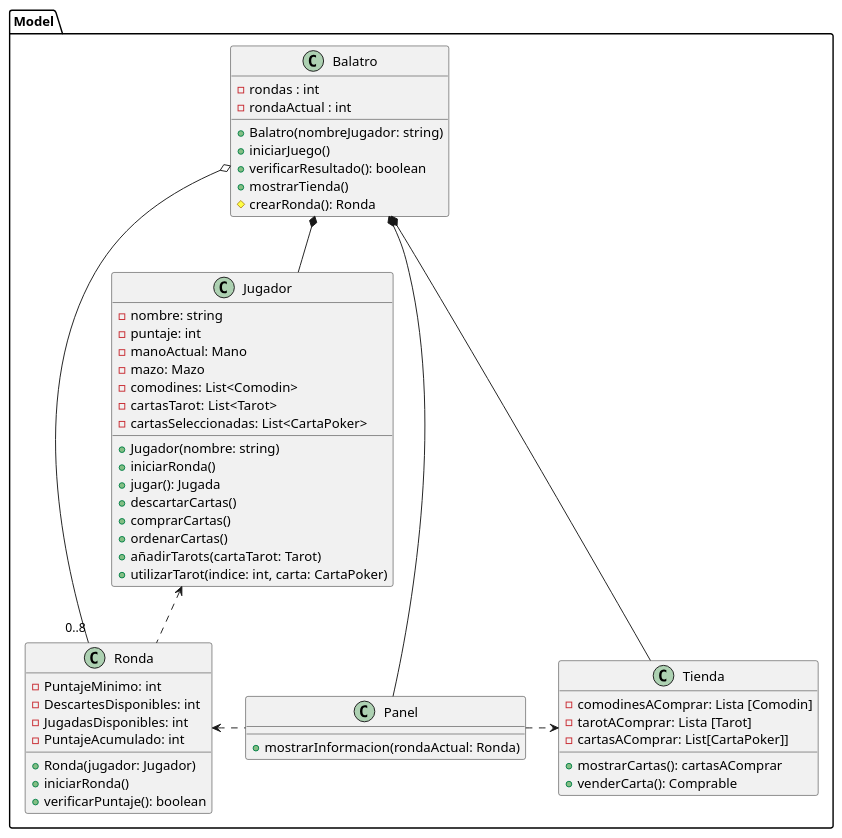
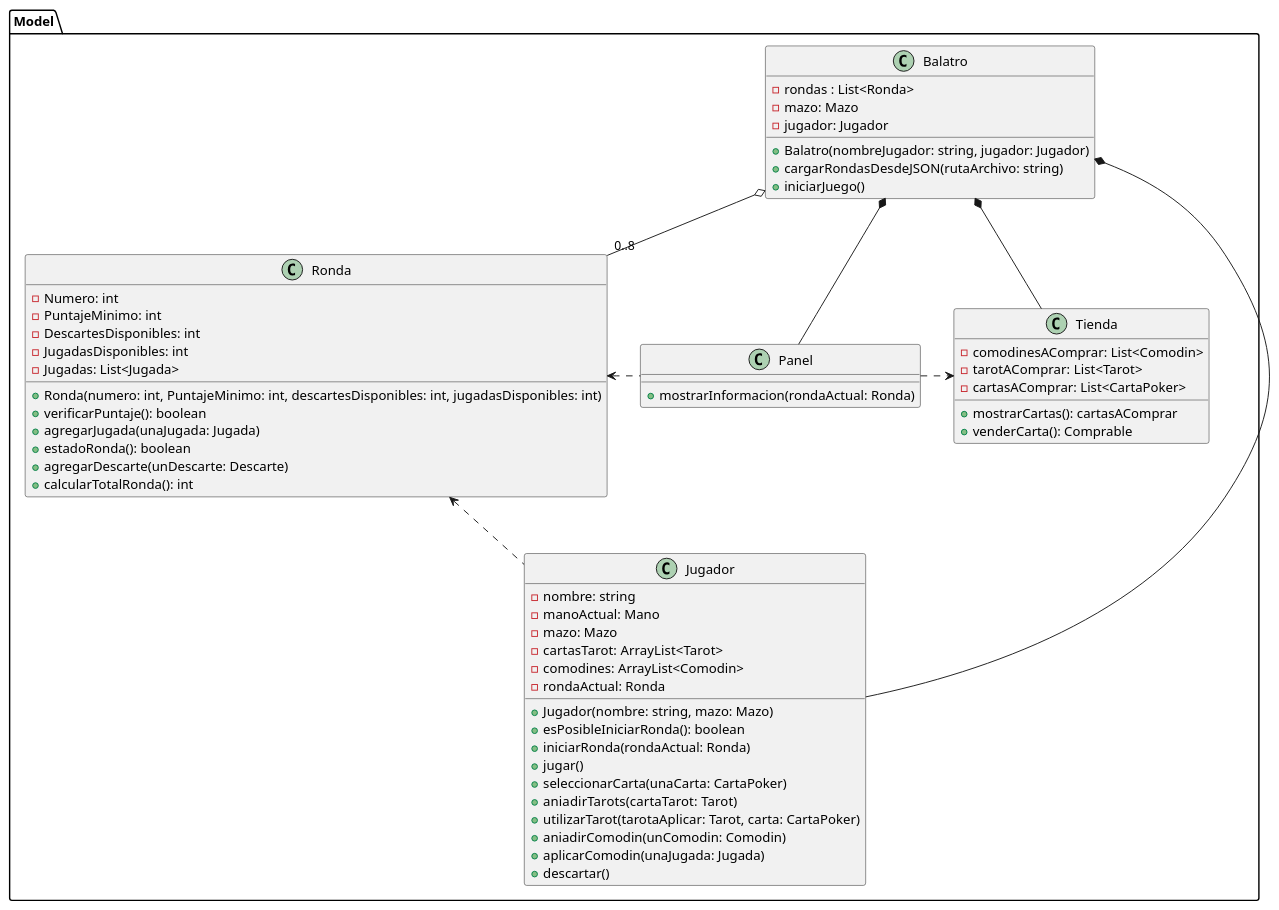
Before and after one commit to carruizdiaz1109/UBAlatro: the diagram in diagrams/classes/clasesBalatro1.puml, drawn with PlantUML. The commit also changed 2 other files, not shown here.

Commit message:
Actualizo diagrama de clases1

```diff
--- a/diagrams/classes/clasesBalatro1.puml
+++ b/diagrams/classes/clasesBalatro1.puml
@@ -1,64 +1,71 @@
 @startuml
 
 package Model {
 
 class Balatro {
-    - rondas : int
-    - rondaActual : int
-    + Balatro(nombreJugador: string)
+    - rondas : List<Ronda>
+    - mazo: Mazo
+    - jugador: Jugador
+
+    + Balatro(nombreJugador: string, jugador: Jugador)
+    +cargarRondasDesdeJSON(rutaArchivo: string)
     + iniciarJuego()
-    + verificarResultado(): boolean
-    + mostrarTienda()
-    # crearRonda(): Ronda
 }
 
 class Jugador {
     - nombre: string
-    - puntaje: int
     - manoActual: Mano
     - mazo: Mazo
-    - comodines: List<Comodin>
-    - cartasTarot: List<Tarot>
-    - cartasSeleccionadas: List<CartaPoker>
-    + Jugador(nombre: string)
-    + iniciarRonda()
-    + jugar(): Jugada
-    + descartarCartas()
-    + comprarCartas()
-    + ordenarCartas()
-    + añadirTarots(cartaTarot: Tarot)
-    + utilizarTarot(indice: int, carta: CartaPoker)
+    - cartasTarot: ArrayList<Tarot>
+    - comodines: ArrayList<Comodin>
+    - rondaActual: Ronda
 
+    + Jugador(nombre: string, mazo: Mazo)
+    + esPosibleIniciarRonda(): boolean
+    + iniciarRonda(rondaActual: Ronda)
+    + jugar()
+    + seleccionarCarta(unaCarta: CartaPoker)
+    + aniadirTarots(cartaTarot: Tarot)
+    + utilizarTarot(tarotaAplicar: Tarot, carta: CartaPoker)
+    + aniadirComodin(unComodin: Comodin)
+    + aplicarComodin(unaJugada: Jugada)
+    + descartar()
 }
 
 class Tienda {
-    - comodinesAComprar: Lista [Comodin]
-    - tarotAComprar: Lista [Tarot]
-    - cartasAComprar: List[CartaPoker]]
+    - comodinesAComprar: List<Comodin>
+    - tarotAComprar: List<Tarot>
+    - cartasAComprar: List<CartaPoker>
     + mostrarCartas(): cartasAComprar
     + venderCarta(): Comprable
 }
 
 class Ronda {
+    - Numero: int
     - PuntajeMinimo: int
     - DescartesDisponibles: int
     - JugadasDisponibles: int
-    - PuntajeAcumulado: int
-    + Ronda(jugador: Jugador)
-    + iniciarRonda()
+    - Jugadas: List<Jugada>
+
+    + Ronda(numero: int, PuntajeMinimo: int, descartesDisponibles: int, jugadasDisponibles: int)
     + verificarPuntaje(): boolean
+    + agregarJugada(unaJugada: Jugada)
+    + estadoRonda(): boolean
+    + agregarDescarte(unDescarte: Descarte)
+    + calcularTotalRonda(): int
 }
 
 class Panel {
     + mostrarInformacion(rondaActual: Ronda)
 }
 
 Balatro *-- Jugador
+Jugador .up.> Ronda
+Panel .left.> Ronda
 Balatro *-- Tienda
 Balatro o-- "0..8" Ronda
 Balatro *-- Panel
-Ronda .up.> Jugador
-Panel .left.> Ronda
 Panel .right.> Tienda
+
 }
 @enduml
```
